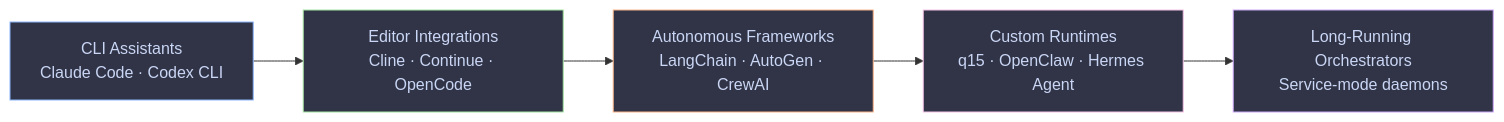
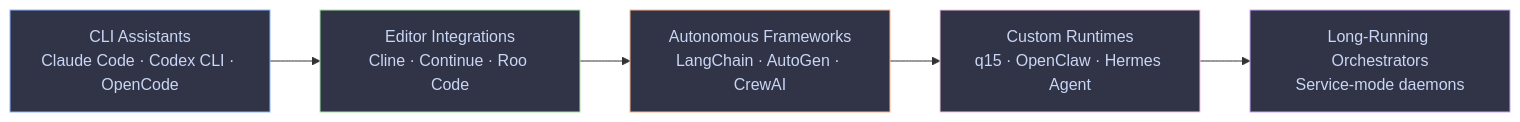
One commit to q15co/slides changed the second of 5 diagrams in slides.md. Above: the diagram before and after it, drawn with Mermaid. The commit also changed other lines of this file and 1 other file, not shown here.

First line of the commit message:
fix: fact-check corrections — agent etymology, OpenCode to CLI, Roo Code to editors

````diff
--- a/slides.md
+++ b/slides.md
@@ -300,19 +300,19 @@
 ```mermaid {scale: 0.55}
 flowchart LR
-    A[CLI Assistants<br/>Claude Code · Codex CLI] --> B[Editor Integrations<br/>Cline · Continue · OpenCode]
+    A[CLI Assistants<br/>Claude Code · Codex CLI · OpenCode] --> B[Editor Integrations<br/>Cline · Continue · Roo Code]
     B --> C[Autonomous Frameworks<br/>LangChain · AutoGen · CrewAI]
     C --> D[Custom Runtimes<br/>q15 · OpenClaw · Hermes Agent]
     D --> E[Long-Running Orchestrators<br/>Service-mode daemons]
 
     classDef cli fill:#303446,stroke:#89b4fa,color:#cad6f5
     classDef editor fill:#303446,stroke:#a6e3a1,color:#cad6f5
     classDef framework fill:#303446,stroke:#fab387,color:#cad6f5
     classDef runtime fill:#303446,stroke:#f5c2e7,color:#cad6f5
     classDef long fill:#303446,stroke:#cba6f7,color:#cad6f5
 
     class A cli
     class B editor
     class C framework
     class D runtime
     class E long
 ```
````
